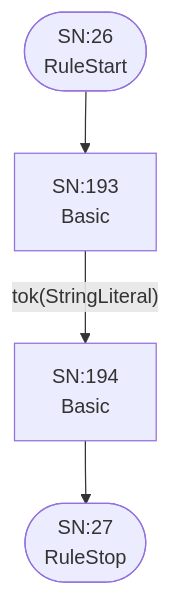
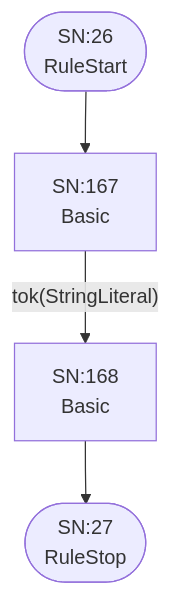
Before and after one commit to TypeFox/fastbelt: diagram 14 of 25 in internal/grammar/atn.md, drawn with Mermaid. The commit also changed other lines of this file and 4 other files, not shown here.

````diff
--- a/internal/grammar/atn.md
+++ b/internal/grammar/atn.md
@@ -447,11 +395,11 @@
 ```mermaid
 flowchart TD
     q26(["SN:26<br/>RuleStart"])
     q27(["SN:27<br/>RuleStop"])
-    q193["SN:193<br/>Basic<br/>"]
-    q194["SN:194<br/>Basic<br/>"]
+    q167["SN:167<br/>Basic<br/>"]
+    q168["SN:168<br/>Basic<br/>"]
 
-    q26 --> q193
-    q193 -->|"tok(StringLiteral)"| q194
-    q194 --> q27
+    q26 --> q167
+    q167 -->|"tok(StringLiteral)"| q168
+    q168 --> q27
 ```
````
